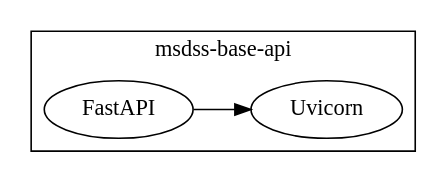
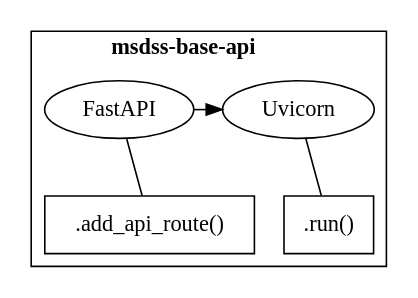
Before and after one commit to rrwen/msdss-base-api: the diagram in docs/source/index.rst, drawn with Graphviz. The commit also changed other lines of this file and 45 other files, not shown here.

```diff
--- a/docs/source/index.rst
+++ b/docs/source/index.rst
@@ -51,10 +60,14 @@
 .. digraph:: methods
 
-   rankdir=LR;
+   rankdir=TB;
    api[label="FastAPI" URL="https://fastapi.tiangolo.com/"];
+   apimeth1[label=".add_api_route()" shape=rect URL="https://github.com/tiangolo/fastapi/blob/bee35f5ae1fc58e7ab125427ad4287210e99d8b3/fastapi/routing.py#L479"];
    server[label="Uvicorn" URL="https://www.uvicorn.org/"];
+   servermeth1[label=".run()" shape=rect URL="https://www.uvicorn.org/deployment/#running-programmatically"];
 
    subgraph cluster {
-      api -> server;
-      label="msdss-base-api";
+      label=< <B>msdss-base-api</B> >;
+      {rank=min; api -> server;}
+      apimeth1 -> api[arrowhead=none];
+      servermeth1 -> server[arrowhead=none];
    }
```
